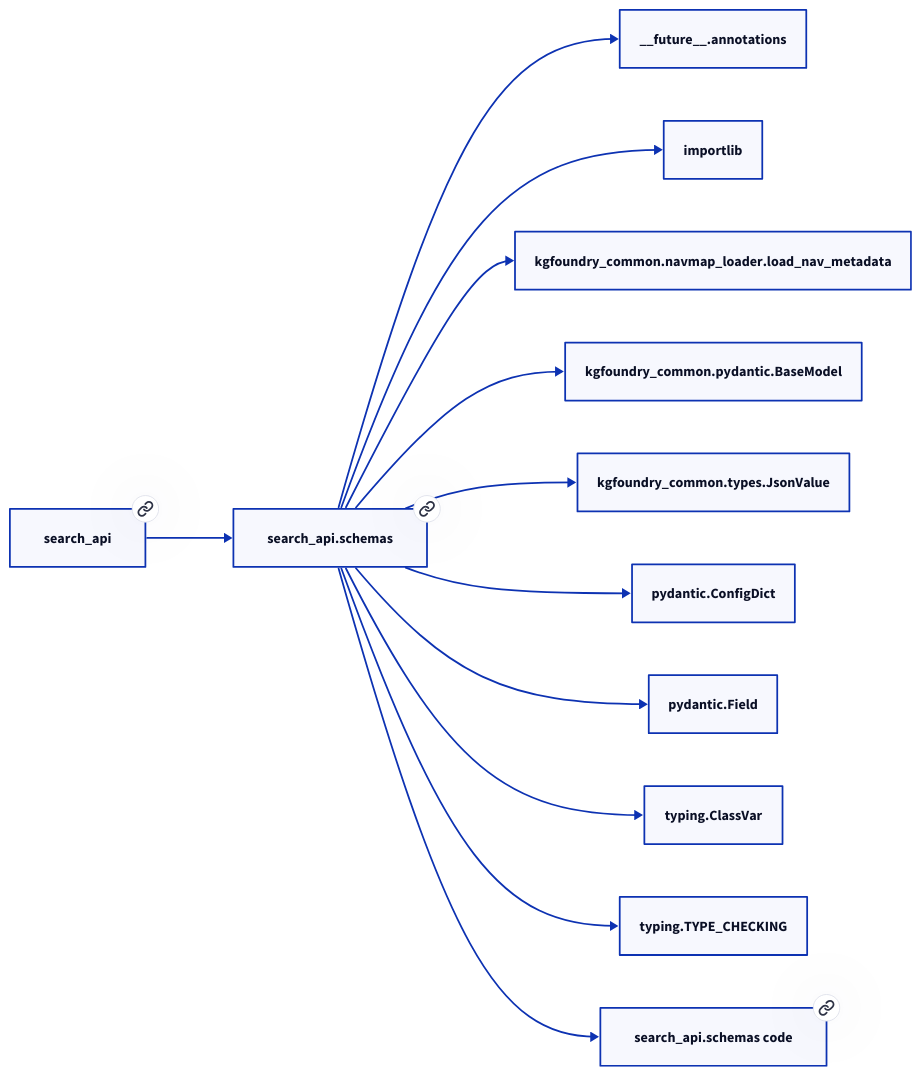
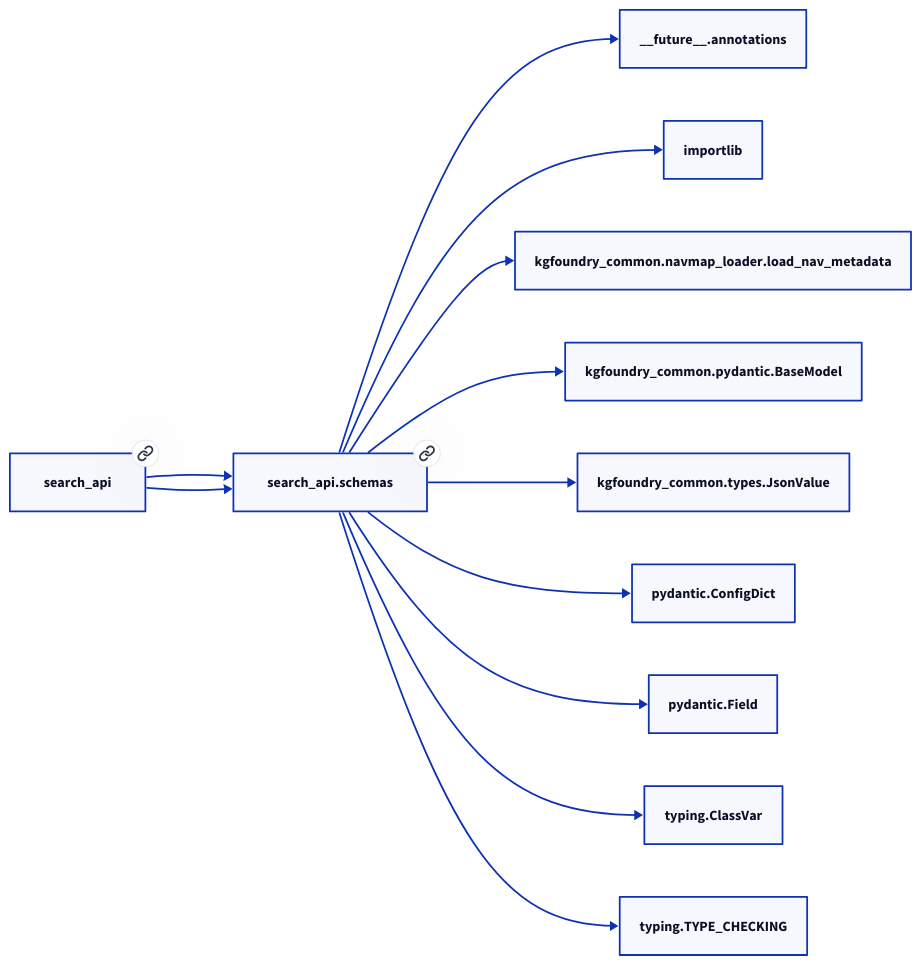
Before and after one commit to paul-heyse/kgforge: the second of 2 diagrams in docs/modules/search_api/schemas.md, drawn with D2. The commit also changed other lines of this file and 208 other files, not shown here.

````diff
--- a/docs/modules/search_api/schemas.md
+++ b/docs/modules/search_api/schemas.md
@@ -58,26 +62,25 @@
 ```d2
 direction: right
-"search_api.schemas": "search_api.schemas" { link: "./search_api/schemas.md" }
+"search_api.schemas": "search_api.schemas" { link: "https://github.com/paul-heyse/kgfoundry/blob/main/src/search_api/schemas.py" }
 "__future__.annotations": "__future__.annotations"
 "search_api.schemas" -> "__future__.annotations"
 "importlib": "importlib"
 "search_api.schemas" -> "importlib"
 "kgfoundry_common.navmap_loader.load_nav_metadata": "kgfoundry_common.navmap_loader.load_nav_metadata"
 "search_api.schemas" -> "kgfoundry_common.navmap_loader.load_nav_metadata"
 "kgfoundry_common.pydantic.BaseModel": "kgfoundry_common.pydantic.BaseModel"
 "search_api.schemas" -> "kgfoundry_common.pydantic.BaseModel"
 "kgfoundry_common.types.JsonValue": "kgfoundry_common.types.JsonValue"
 "search_api.schemas" -> "kgfoundry_common.types.JsonValue"
 "pydantic.ConfigDict": "pydantic.ConfigDict"
 "search_api.schemas" -> "pydantic.ConfigDict"
 "pydantic.Field": "pydantic.Field"
 "search_api.schemas" -> "pydantic.Field"
 "typing.ClassVar": "typing.ClassVar"
 "search_api.schemas" -> "typing.ClassVar"
 "typing.TYPE_CHECKING": "typing.TYPE_CHECKING"
 "search_api.schemas" -> "typing.TYPE_CHECKING"
-"search_api": "search_api" { link: "./search_api.md" }
+"search_api": "search_api" { link: "https://github.com/paul-heyse/kgfoundry/blob/main/src/search_api/__init__.py" }
 "search_api" -> "search_api.schemas"
-"search_api.schemas_code": "search_api.schemas code" { link: "https://github.com/kgfoundry/kgfoundry/blob/main/src/search_api/schemas.py" }
-"search_api.schemas" -> "search_api.schemas_code" { style: dashed }
+"search_api" -> "search_api.schemas" { style: dashed }
 ```
````
